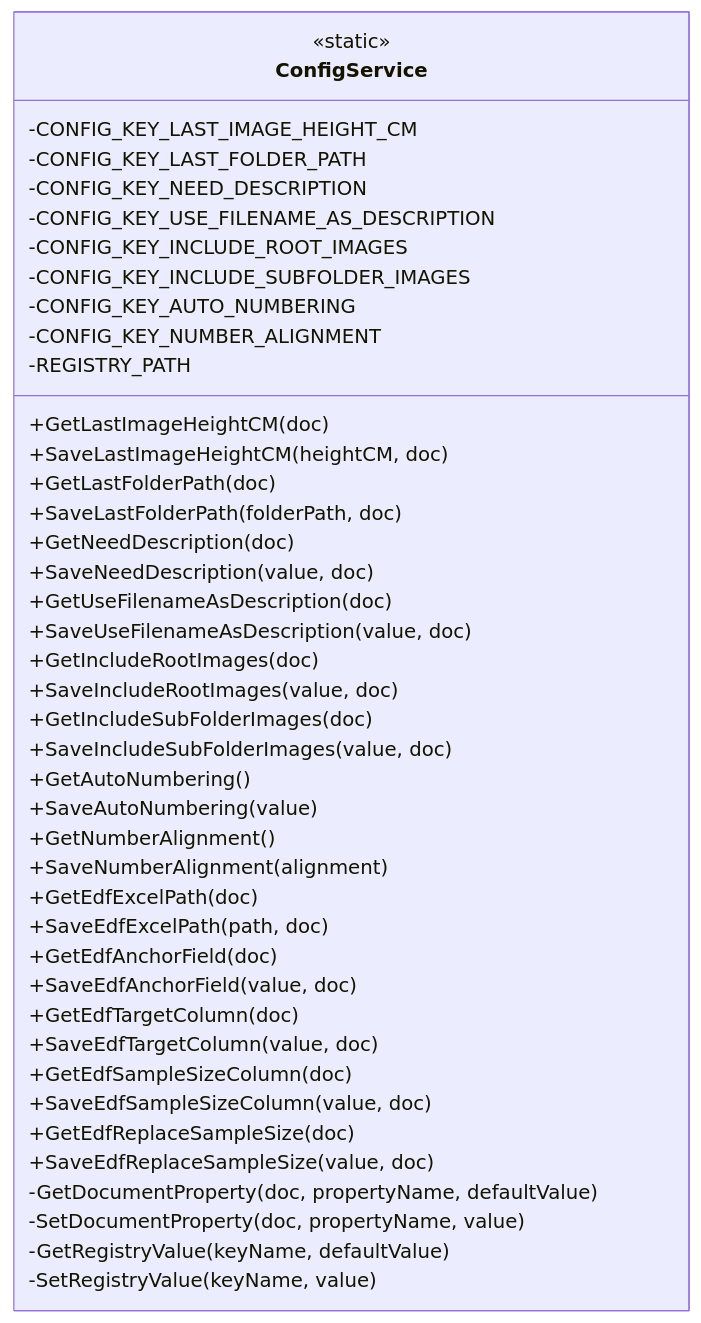
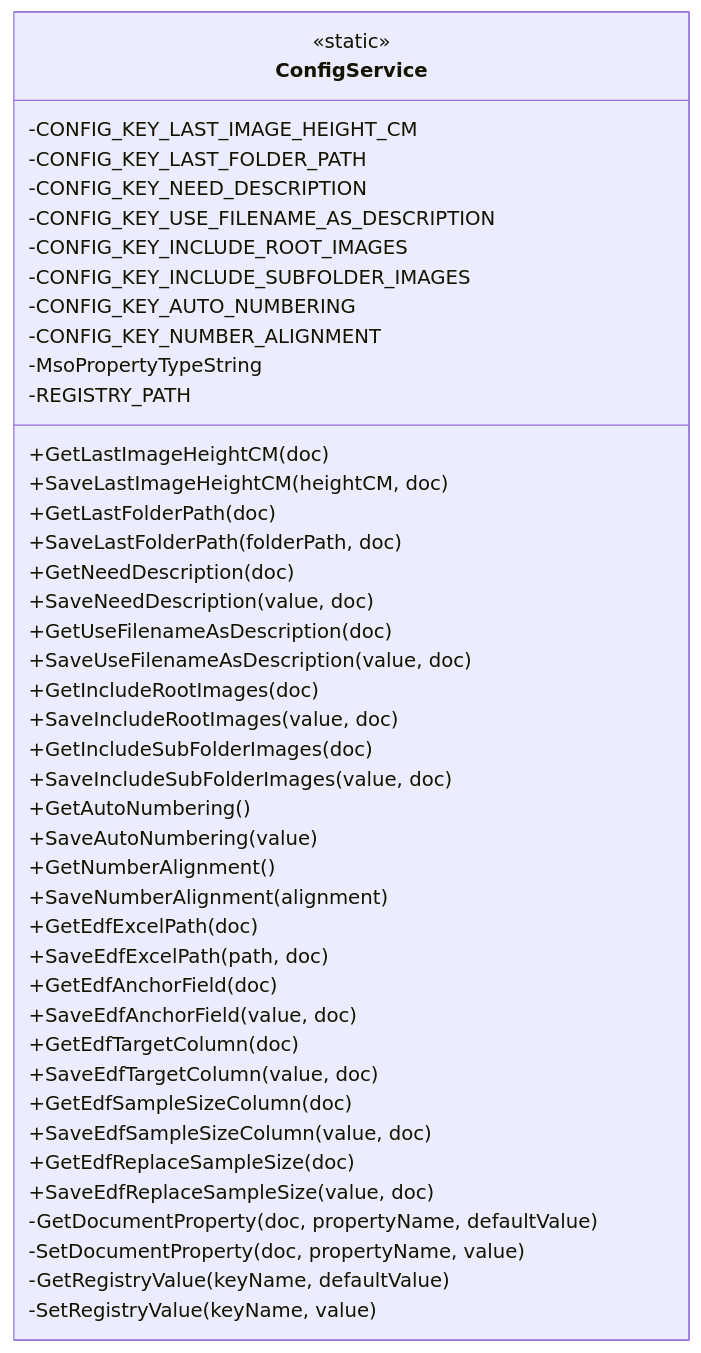
The second of 4 diagrams in .qoder/repowiki/zh/content/核心功能/配置管理系统.md (rainiva/WordTools), drawn with Mermaid before and after one commit. The commit also changed other lines of this file and 12 other files, not shown here.

````diff
--- a/.qoder/repowiki/zh/content/核心功能/配置管理系统.md
+++ b/.qoder/repowiki/zh/content/核心功能/配置管理系统.md
@@ -79,45 +90,46 @@
 ```mermaid
 classDiagram
 class ConfigService {
 <<static>>
 -CONFIG_KEY_LAST_IMAGE_HEIGHT_CM
 -CONFIG_KEY_LAST_FOLDER_PATH
 -CONFIG_KEY_NEED_DESCRIPTION
 -CONFIG_KEY_USE_FILENAME_AS_DESCRIPTION
 -CONFIG_KEY_INCLUDE_ROOT_IMAGES
 -CONFIG_KEY_INCLUDE_SUBFOLDER_IMAGES
 -CONFIG_KEY_AUTO_NUMBERING
 -CONFIG_KEY_NUMBER_ALIGNMENT
+-MsoPropertyTypeString
 -REGISTRY_PATH
 +GetLastImageHeightCM(doc)
 +SaveLastImageHeightCM(heightCM, doc)
 +GetLastFolderPath(doc)
 +SaveLastFolderPath(folderPath, doc)
 +GetNeedDescription(doc)
 +SaveNeedDescription(value, doc)
 +GetUseFilenameAsDescription(doc)
 +SaveUseFilenameAsDescription(value, doc)
 +GetIncludeRootImages(doc)
 +SaveIncludeRootImages(value, doc)
 +GetIncludeSubFolderImages(doc)
 +SaveIncludeSubFolderImages(value, doc)
 +GetAutoNumbering()
 +SaveAutoNumbering(value)
 +GetNumberAlignment()
 +SaveNumberAlignment(alignment)
 +GetEdfExcelPath(doc)
 +SaveEdfExcelPath(path, doc)
 +GetEdfAnchorField(doc)
 +SaveEdfAnchorField(value, doc)
 +GetEdfTargetColumn(doc)
 +SaveEdfTargetColumn(value, doc)
 +GetEdfSampleSizeColumn(doc)
 +SaveEdfSampleSizeColumn(value, doc)
 +GetEdfReplaceSampleSize(doc)
 +SaveEdfReplaceSampleSize(value, doc)
 -GetDocumentProperty(doc, propertyName, defaultValue)
 -SetDocumentProperty(doc, propertyName, value)
 -GetRegistryValue(keyName, defaultValue)
 -SetRegistryValue(keyName, value)
 }
 ```
````
